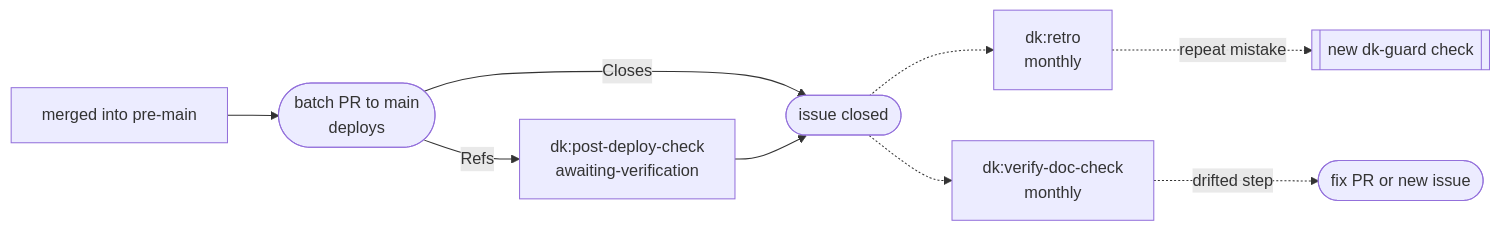
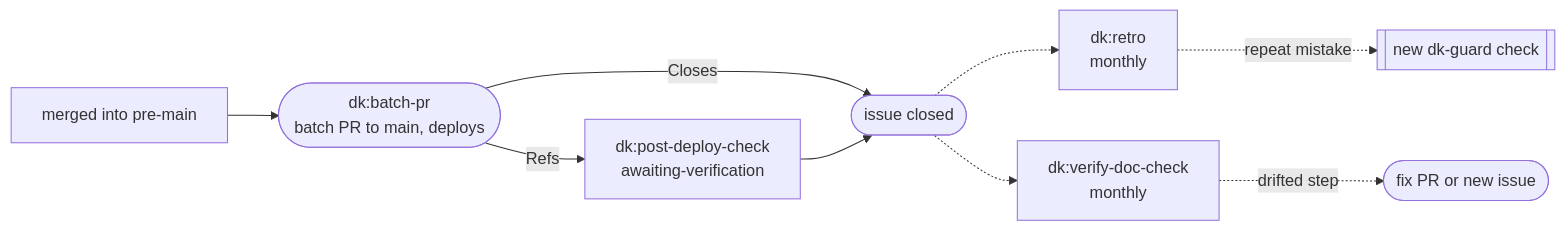
The third of 4 diagrams in README.md (kaminski-dev/dk-agent-kit), drawn with Mermaid before and after one commit. The commit also changed other lines of this file and 4 other files, not shown here.

````diff
--- a/README.md
+++ b/README.md
@@ -65,11 +65,11 @@
 ```mermaid
 flowchart LR
-  pr["merged into pre-main"] --> batch(["batch PR to main<br/>deploys"])
+  pr["merged into pre-main"] --> batch(["dk:batch-pr<br/>batch PR to main, deploys"])
   batch -- "Closes" --> closed(["issue closed"])
   batch -- "Refs" --> check["dk:post-deploy-check<br/>awaiting-verification"]
   check --> closed
   closed -.-> retro["dk:retro<br/>monthly"]
   retro -. "repeat mistake" .-> guard[["new dk-guard check"]]
   closed -.-> vdc["dk:verify-doc-check<br/>monthly"]
   vdc -. "drifted step" .-> fix(["fix PR or new issue"])
 ```
````
